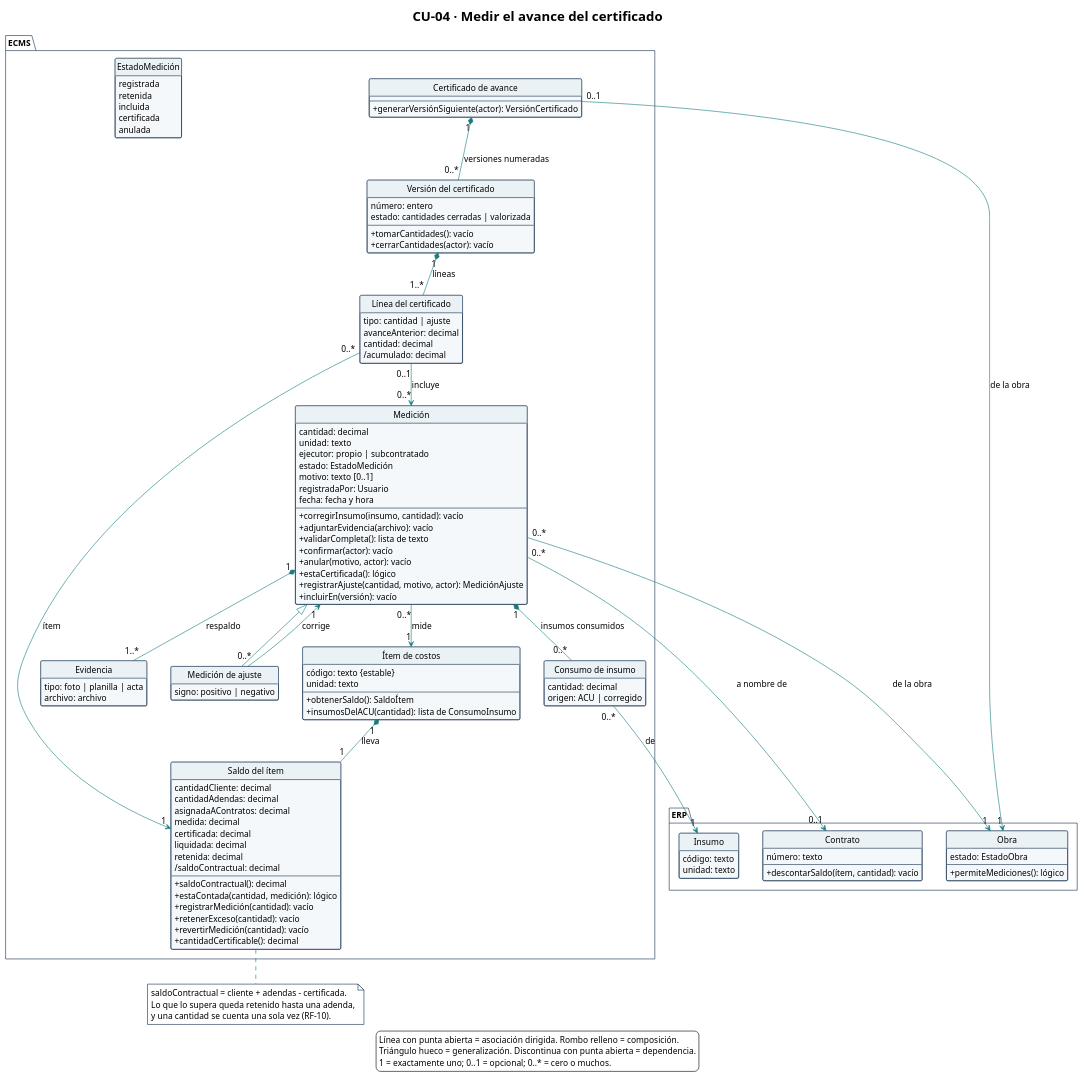
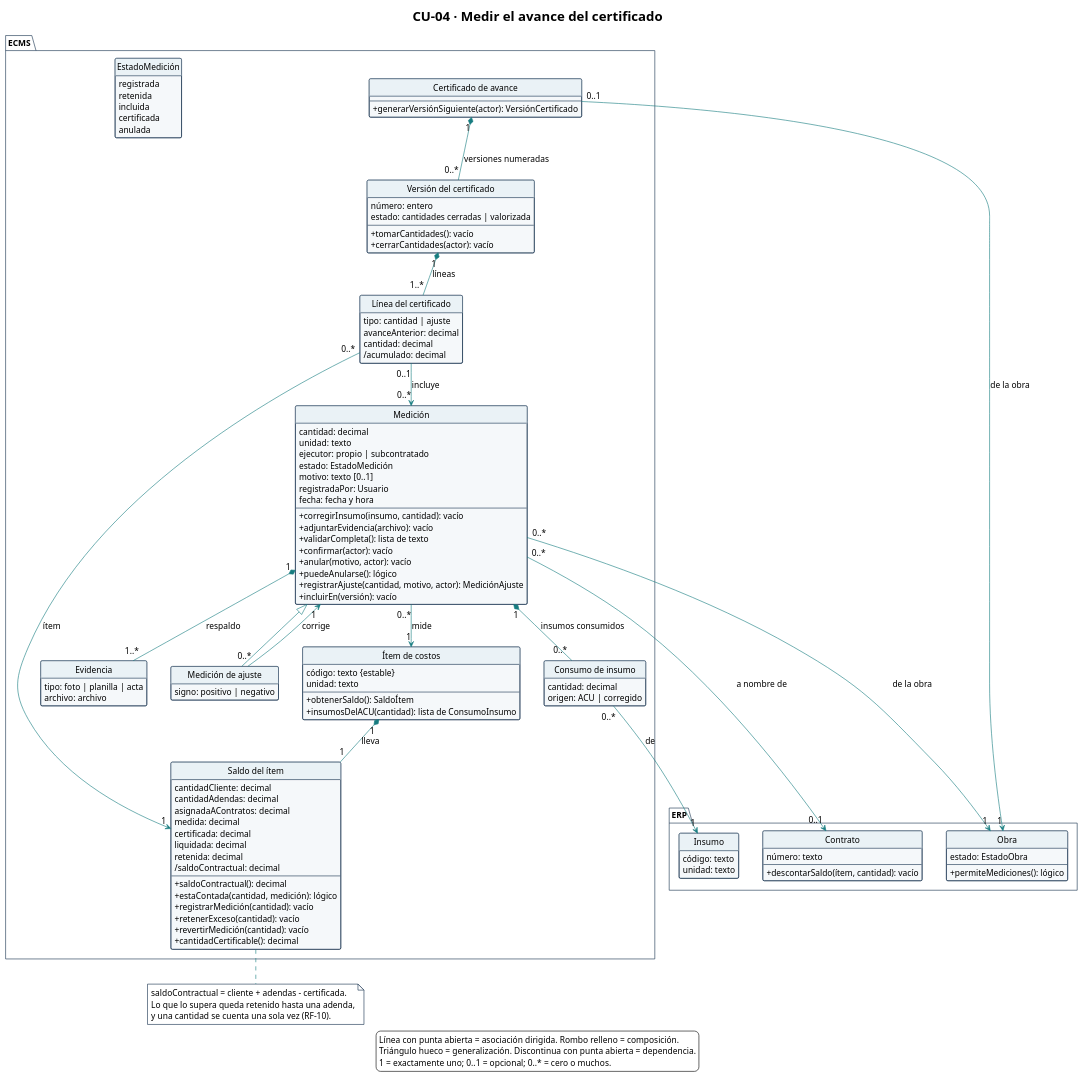
Before and after one commit to Ssrrb/tpf-uca: the diagram in diagramas/CU-04-clases.puml, drawn with PlantUML. The commit also changed 4 other files, not shown here.

```diff
--- a/diagramas/CU-04-clases.puml
+++ b/diagramas/CU-04-clases.puml
@@ -1,162 +1,162 @@
 @startuml
 !theme plain
 skinparam style strictuml
 title CU-04 · Medir el avance del certificado
 hide circle
 hide empty methods
 hide empty fields
 skinparam shadowing false
 skinparam classAttributeIconSize 0
 skinparam defaultFontName Arial
 skinparam defaultFontSize 14
 skinparam nodesep 40
 skinparam ranksep 50
 skinparam ArrowColor #167C80
 skinparam class {
   BackgroundColor #F5F8FA
   BorderColor #17324D
   HeaderBackgroundColor #EAF2F6
 }
 skinparam package {
   BackgroundColor #FFFFFF
   BorderColor #17324D
 }
 skinparam note {
   BackgroundColor #FFFFFF
   BorderColor #17324D
 }
 package "ECMS" {
   class "Ítem de costos" as ItemCostos {
     código: texto {estable}
     unidad: texto
     --
     + obtenerSaldo(): SaldoÍtem
     + insumosDelACU(cantidad): lista de ConsumoInsumo
   }
 
   class "Saldo del ítem" as SaldoItem {
     cantidadCliente: decimal
     cantidadAdendas: decimal
     asignadaAContratos: decimal
     medida: decimal
     certificada: decimal
     liquidada: decimal
     retenida: decimal
     /saldoContractual: decimal
     --
     + saldoContractual(): decimal
     + estaContada(cantidad, medición): lógico
     + registrarMedición(cantidad): vacío
     + retenerExceso(cantidad): vacío
     + revertirMedición(cantidad): vacío
     + cantidadCertificable(): decimal
   }
 
   class "Medición" as Medicion {
     cantidad: decimal
     unidad: texto
     ejecutor: propio | subcontratado
     estado: EstadoMedición
     motivo: texto [0..1]
     registradaPor: Usuario
     fecha: fecha y hora
     --
     + corregirInsumo(insumo, cantidad): vacío
     + adjuntarEvidencia(archivo): vacío
     + validarCompleta(): lista de texto
     + confirmar(actor): vacío
     + anular(motivo, actor): vacío
-    + estaCertificada(): lógico
+    + puedeAnularse(): lógico
     + registrarAjuste(cantidad, motivo, actor): MediciónAjuste
     + incluirEn(versión): vacío
   }
 
   class "Medición de ajuste" as MedicionAjuste {
     signo: positivo | negativo
   }
 
   class "Consumo de insumo" as ConsumoInsumo {
     cantidad: decimal
     origen: ACU | corregido
   }
 
   class Evidencia {
     tipo: foto | planilla | acta
     archivo: archivo
   }
 
   class "Certificado de avance" as Certificado {
     --
     + generarVersiónSiguiente(actor): VersiónCertificado
   }
 
   class "Versión del certificado" as VersionCertificado {
     número: entero
     estado: cantidades cerradas | valorizada
     --
     + tomarCantidades(): vacío
     + cerrarCantidades(actor): vacío
   }
 
   class "Línea del certificado" as LineaCertificado {
     tipo: cantidad | ajuste
     avanceAnterior: decimal
     cantidad: decimal
     /acumulado: decimal
   }
 
   enum EstadoMedición {
     registrada
     retenida
     incluida
     certificada
     anulada
   }
 }
 
 package "ERP" {
   class Obra {
     estado: EstadoObra
     --
     + permiteMediciones(): lógico
   }
 
   class Contrato {
     número: texto
     --
     + descontarSaldo(ítem, cantidad): vacío
   }
 
   class Insumo {
     código: texto
     unidad: texto
   }
 }
 
 ItemCostos "1" *-- "1" SaldoItem : lleva
 Medicion "0..*" --> "1" ItemCostos : mide
 Medicion "0..*" --> "1" Obra : de la obra
 Medicion "0..*" --> "0..1" Contrato : a nombre de
 Medicion "1" *-- "0..*" ConsumoInsumo : insumos consumidos
 Medicion "1" *-- "1..*" Evidencia : respaldo
 ConsumoInsumo "0..*" --> "1" Insumo : de
 Medicion <|-- MedicionAjuste
 MedicionAjuste "0..*" --> "1" Medicion : corrige
 Certificado "0..1" --> "1" Obra : de la obra
 Certificado "1" *-- "0..*" VersionCertificado : versiones numeradas
 VersionCertificado "1" *-- "1..*" LineaCertificado : líneas
 LineaCertificado "0..1" --> "0..*" Medicion : incluye
 LineaCertificado "0..*" --> "1" SaldoItem : ítem
 
 note bottom of SaldoItem
   saldoContractual = cliente + adendas - certificada.
   Lo que lo supera queda retenido hasta una adenda,
   y una cantidad se cuenta una sola vez (RF-10).
 end note
 
 legend bottom
   Línea con punta abierta = asociación dirigida. Rombo relleno = composición.
   Triángulo hueco = generalización. Discontinua con punta abierta = dependencia.
   1 = exactamente uno; 0..1 = opcional; 0..* = cero o muchos.
 endlegend
 @enduml
```
